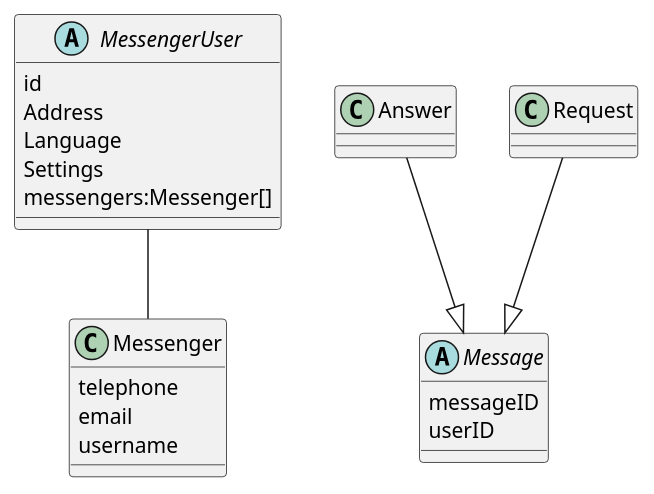
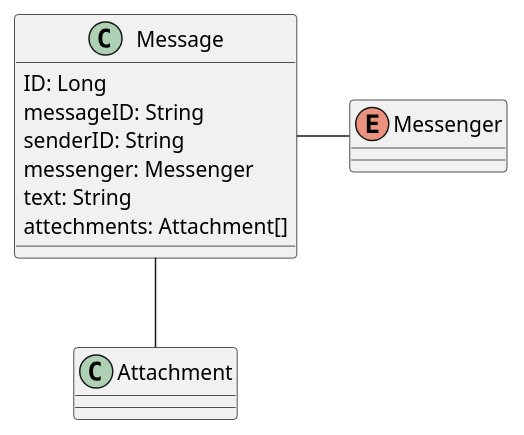
The diagram in src/main/plantuml/model.puml (GeParkinson/bht-chatbot), drawn with PlantUML before and after one commit. The commit also changed 7 other files, not shown here.

```diff
--- a/src/main/plantuml/model.puml
+++ b/src/main/plantuml/model.puml
@@ -1,32 +1,16 @@
 @startuml
+enum Messenger
 
-abstract class MessengerUser {
-    id
-    Address
-    Language
-    Settings
-    messengers:Messenger[]
+class Message {
+    ID: Long
+    messageID: String
+    senderID: String
+    messenger: Messenger
+    text: String
+    attechments: Attachment[]
 }
 
-class Messenger {
-    telephone
-    email
-    username
-}
-
-abstract class Message {
-    messageID
-    userID
-}
-
-class Answer
-
-Answer --|> Message
-
-class Request
-
-Request --|> Message
-
-MessengerUser -- Messenger
+Message - Messenger
+Message -- Attachment
 
 @enduml
```
